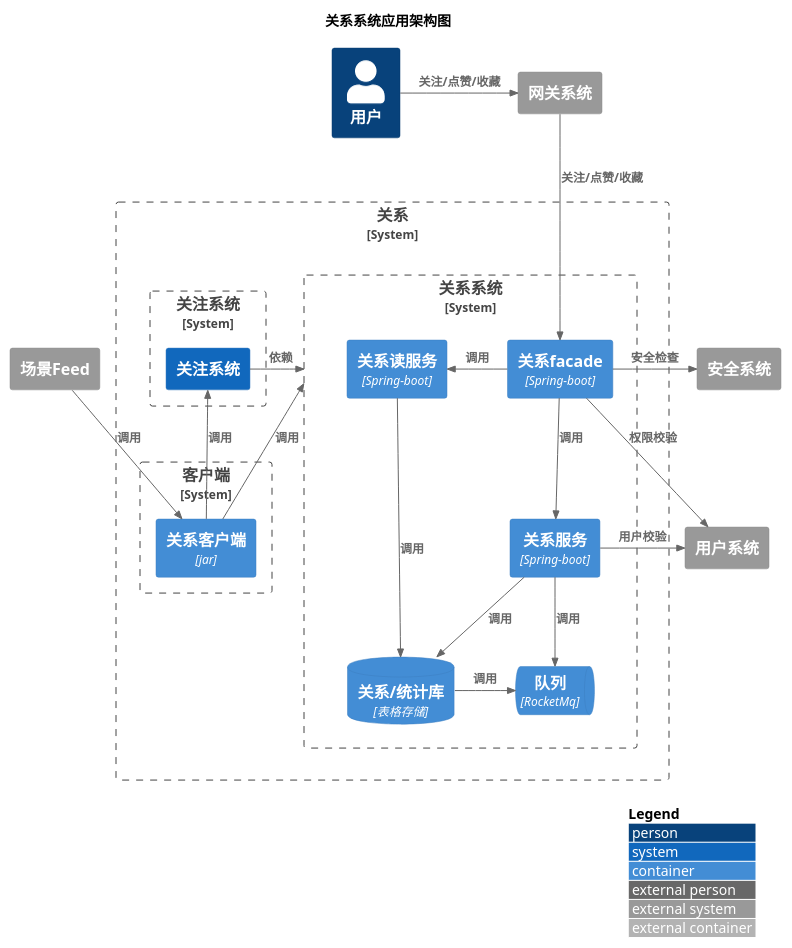
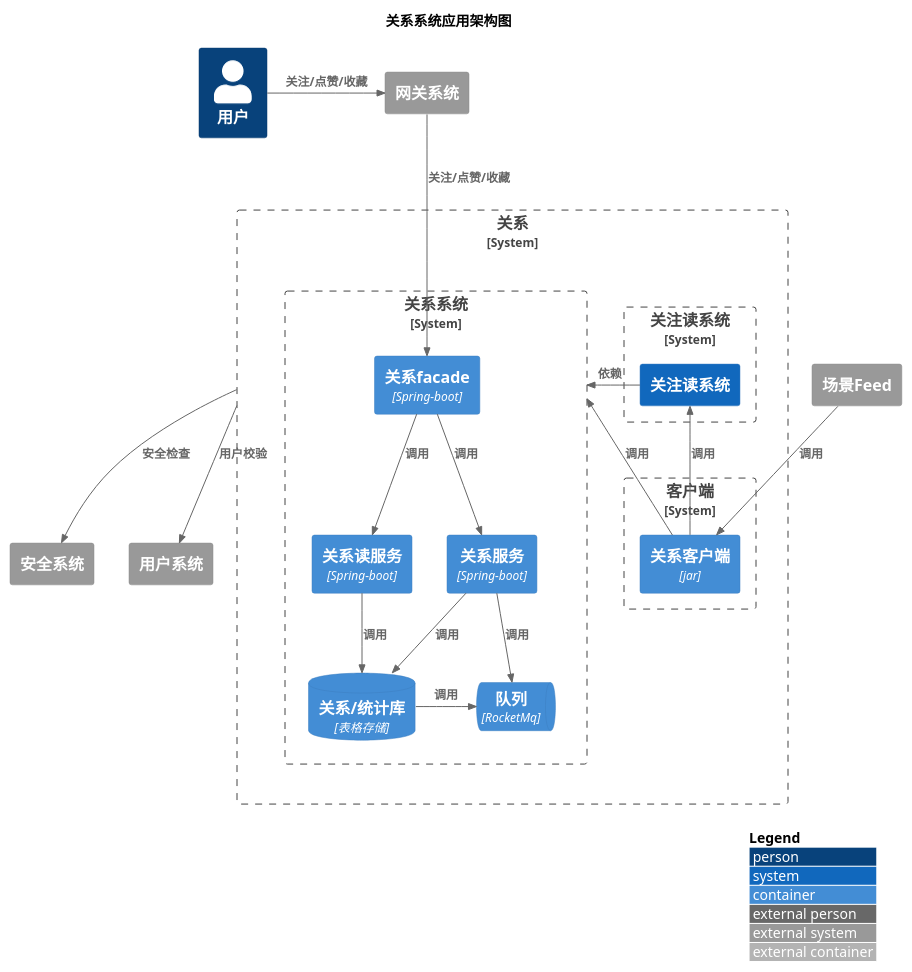
Before and after one commit to nxnnxn/community-doc: the diagram in puml/interact/relation/container.puml, drawn with PlantUML. The commit also changed 21 other files, not shown here.

```diff
--- a/puml/interact/relation/container.puml
+++ b/puml/interact/relation/container.puml
@@ -1,50 +1,51 @@
 @startuml
 !include <C4/C4_Container>
 LAYOUT_WITH_LEGEND()
 
 title 关系系统应用架构图
 
 Person(user, "用户")
 
 System_Boundary(relationProduction, "关系"){
     System_Boundary(relationBoundary, "关系系统") {
           Container(relationFacade, "关系facade","Spring-boot")
           Container(relationReadService, "关系读服务","Spring-boot")
           Container(relationWriteService, "关系服务","Spring-boot")
           ContainerDb(relationDatabase, "关系/统计库", "表格存储")
           ContainerQueue(relationQueue, "队列", "RocketMq")
-          Rel_L(relationFacade, relationReadService, "调用")
+          Rel(relationFacade, relationReadService, "调用")
           Rel(relationFacade, relationWriteService, "调用")
           Rel(relationReadService, relationDatabase, "调用")
           Rel(relationWriteService, relationDatabase, "调用")
-          Rel_L(relationDatabase, relationQueue, "调用")
+          Rel_R(relationDatabase, relationQueue, "调用")
           Rel(relationWriteService, relationQueue, "调用")
 
     }
-    System_Boundary(followBoundary, "关注系统") {
-           System(follow, "关注系统")
+    System_Boundary(followBoundary, "关注读系统") {
+           System(follow, "关注读系统")
     }
     System_Boundary(relationClientBoundary, "客户端") {
           Container(relationClient, "关系客户端","jar")
     }
 
 }
 System_Ext(gateway,"网关系统")
 System_Ext(feed, "场景Feed")
 System_Ext(security,"安全系统")
 System_Ext(userSystem,"用户系统")
 
 
 Rel_R(user, gateway, "关注/点赞/收藏")
 Rel(gateway, relationFacade, "关注/点赞/收藏")
-Rel_R(relationFacade, security, "安全检查")
-Rel(relationFacade, userSystem, "权限校验")
-Rel_R(relationWriteService, userSystem, "用户校验")
+
+
+
 Rel_R(follow,relationBoundary, "依赖")
 Rel_U(relationClient,relationBoundary, "调用")
 Rel_U(relationClient,follow, "调用")
 Rel(feed,relationClient, "调用")
 
-
+Rel(relationProduction, security, "安全检查")
+Rel(relationProduction, userSystem, "用户校验")
 
 @enduml
```
